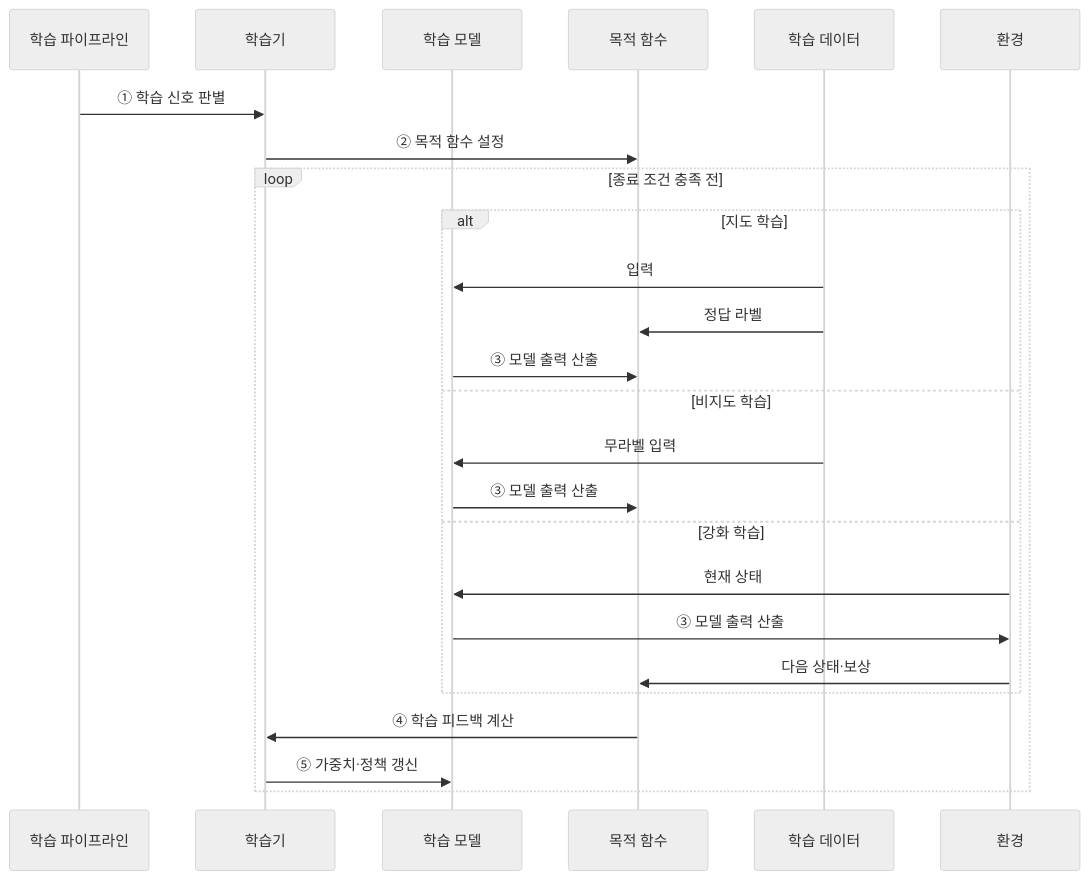
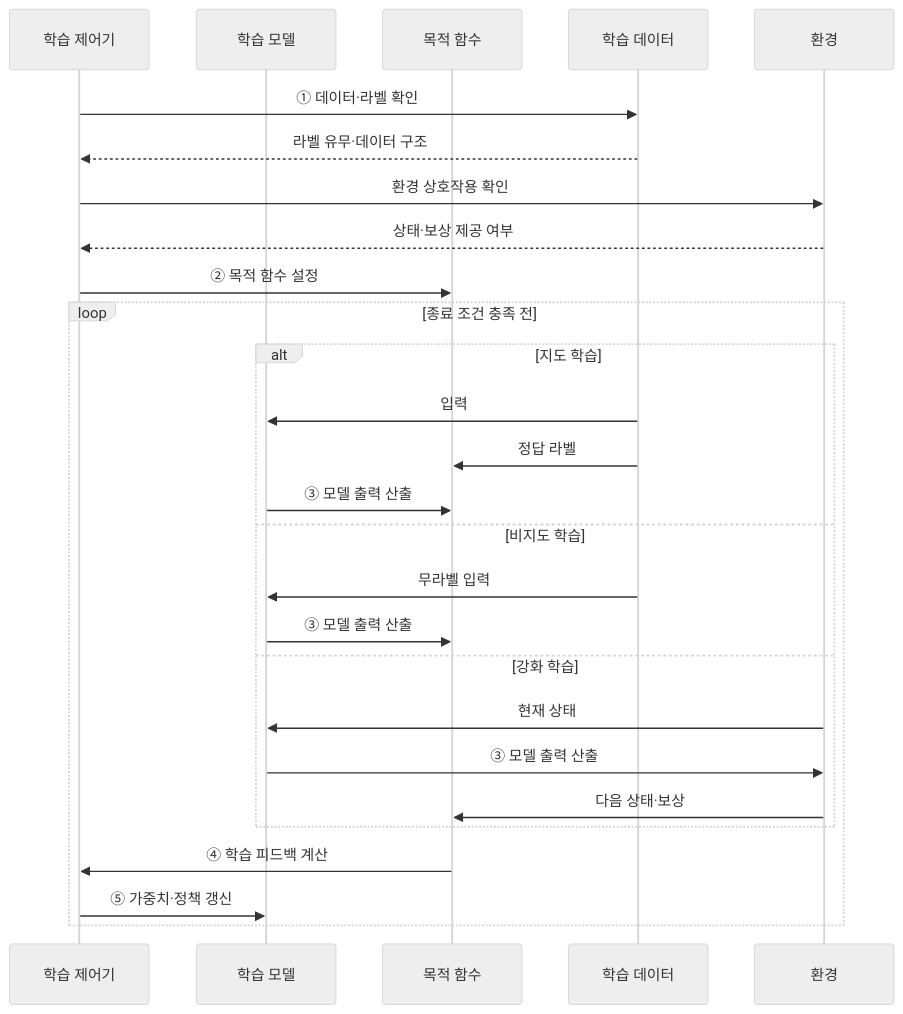
The second of 2 diagrams in src/content/docs/notes/01-basic-theory/048_learning_paradigms.md (agnusdei1207/knowledge-base), drawn with Mermaid (neutral theme) before and after one commit. The commit also changed other lines of this file and 20 other files, not shown here.

````diff
--- a/src/content/docs/notes/01-basic-theory/048_learning_paradigms.md
+++ b/src/content/docs/notes/01-basic-theory/048_learning_paradigms.md
@@ -84,27 +84,29 @@
 ```mermaid
 sequenceDiagram
-    participant P as 학습 파이프라인
-    participant T as 학습기
+    participant T as 학습 제어기
     participant M as 학습 모델
     participant O as 목적 함수
     participant D as 학습 데이터
     participant E as 환경
-    P->>T: ① 학습 신호 판별
+    T->>D: ① 데이터·라벨 확인
+    D-->>T: 라벨 유무·데이터 구조
+    T->>E: 환경 상호작용 확인
+    E-->>T: 상태·보상 제공 여부
     T->>O: ② 목적 함수 설정
     loop 종료 조건 충족 전
         alt 지도 학습
             D->>M: 입력
             D->>O: 정답 라벨
             M->>O: ③ 모델 출력 산출
         else 비지도 학습
             D->>M: 무라벨 입력
             M->>O: ③ 모델 출력 산출
         else 강화 학습
             E->>M: 현재 상태
             M->>E: ③ 모델 출력 산출
             E->>O: 다음 상태·보상
         end
         O->>T: ④ 학습 피드백 계산
         T->>M: ⑤ 가중치·정책 갱신
     end
 ```
````
